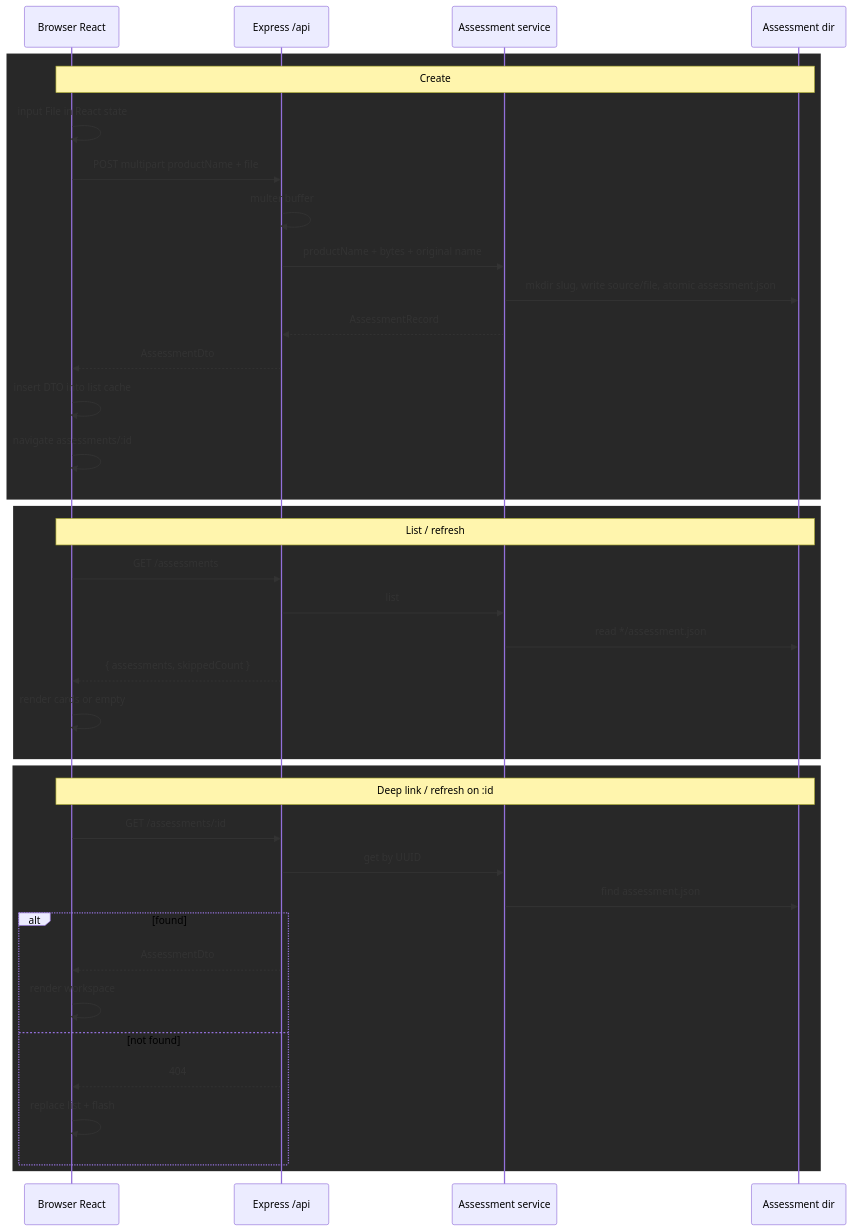
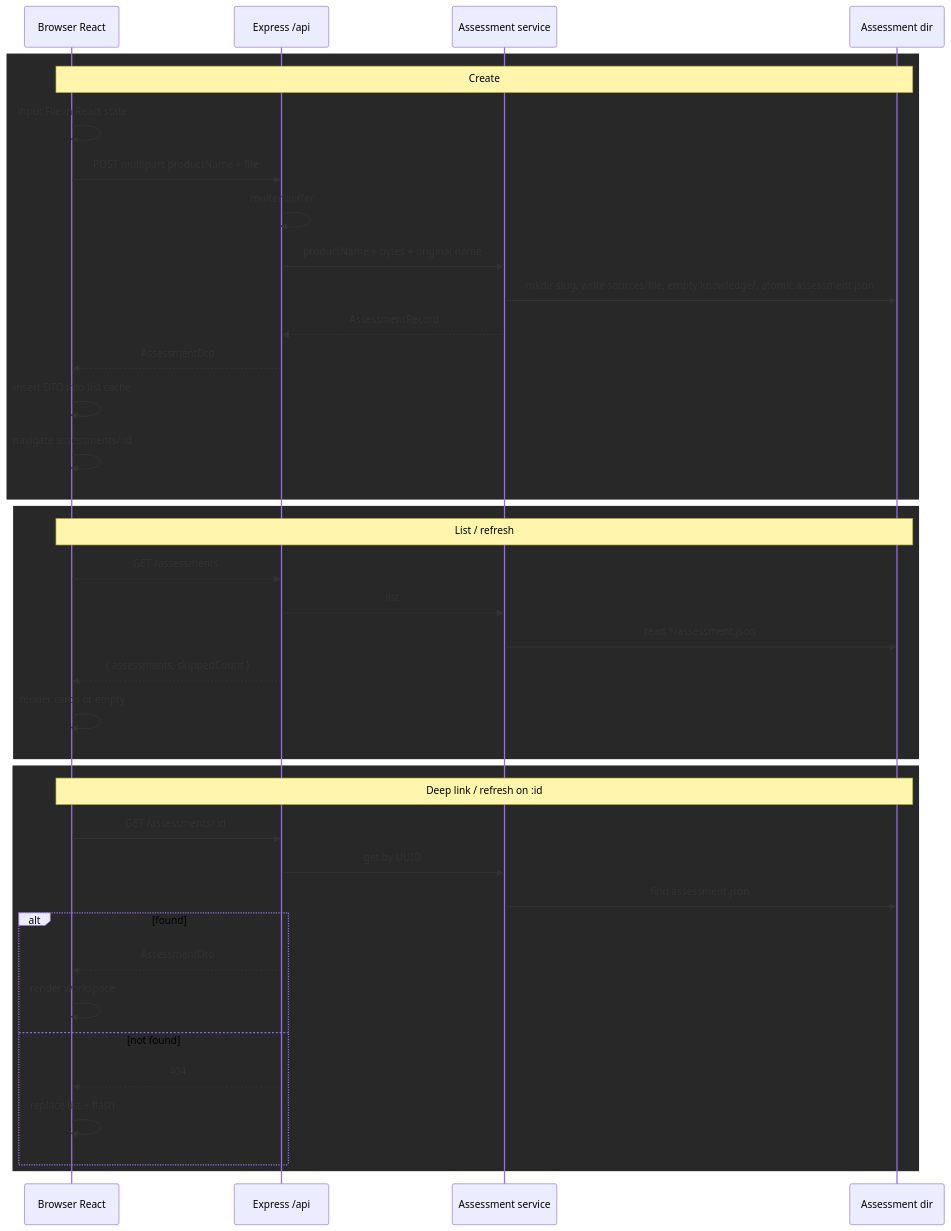
One commit to akravetz/rx_shell changed the diagram in src/apps/market-access/plans/pr-02-local-persistence.md. Above: the diagram before and after it, drawn with Mermaid. The commit also changed other lines of this file and 10 other files, not shown here.

````diff
--- a/src/apps/market-access/plans/pr-02-local-persistence.md
+++ b/src/apps/market-access/plans/pr-02-local-persistence.md
@@ -187,43 +189,43 @@
 ```mermaid
 sequenceDiagram
   participant UI as Browser React
   participant API as Express /api
   participant Svc as Assessment service
   participant Disk as Assessment dir
 
   rect rgb(40,40,40)
   note over UI,Disk: Create
   UI->>UI: input File in React state
   UI->>API: POST multipart productName + file
   API->>API: multer buffer
   API->>Svc: productName + bytes + original name
-  Svc->>Disk: mkdir slug, write source/file, atomic assessment.json
+  Svc->>Disk: mkdir slug, write sources/file, empty knowledge/, atomic assessment.json
   Svc-->>API: AssessmentRecord
   API-->>UI: AssessmentDto
   UI->>UI: insert DTO into list cache
   UI->>UI: navigate assessments/:id
   end
 
   rect rgb(40,40,40)
   note over UI,Disk: List / refresh
   UI->>API: GET /assessments
   API->>Svc: list
   Svc->>Disk: read */assessment.json
   API-->>UI: { assessments, skippedCount }
   UI->>UI: render cards or empty
   end
 
   rect rgb(40,40,40)
   note over UI,Disk: Deep link / refresh on :id
   UI->>API: GET /assessments/:id
   API->>Svc: get by UUID
   Svc->>Disk: find assessment.json
   alt found
     API-->>UI: AssessmentDto
     UI->>UI: render workspace
   else not found
     API-->>UI: 404
     UI->>UI: replace list + flash
   end
   end
 ```
````
